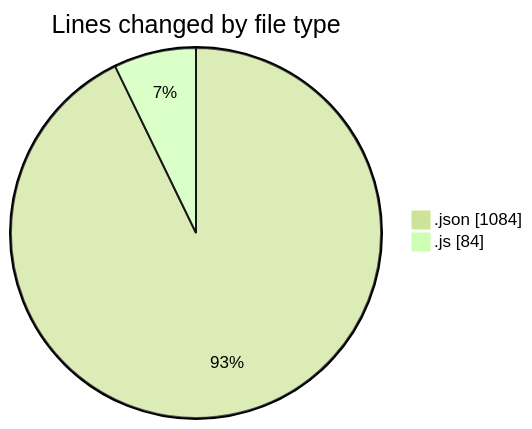
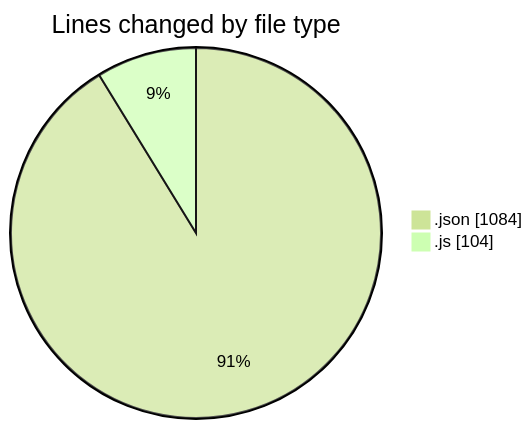
The first of 2 diagrams in 2025-07-10/getmailotp/README.md (lephambinh05/code-tracking), drawn with Mermaid (forest theme) before and after one commit. The commit also changed other lines of this file and 1 other file, not shown here.

````diff
--- a/2025-07-10/getmailotp/README.md
+++ b/2025-07-10/getmailotp/README.md
@@ -21,6 +21,6 @@
 ```mermaid
 pie showData
 title Lines changed by file type
 ".json" : 1084
-".js" : 84
+".js" : 104
 ```
````
